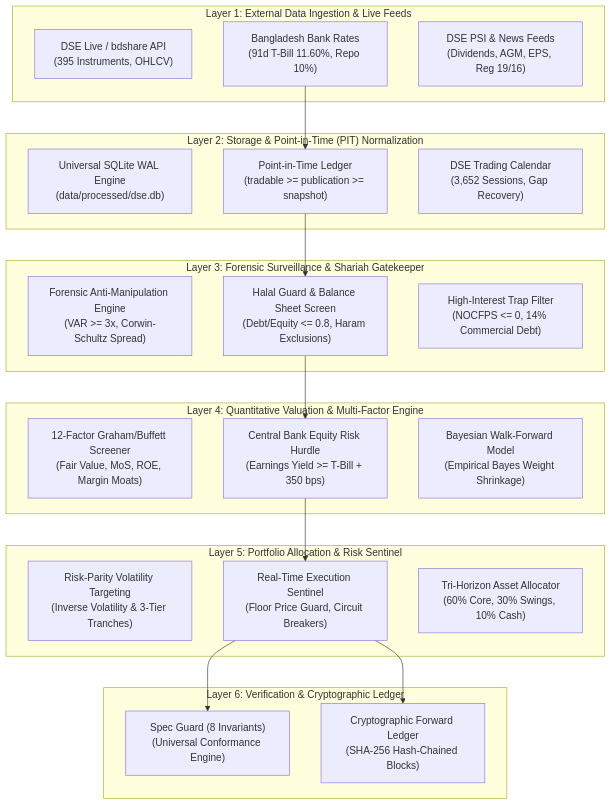
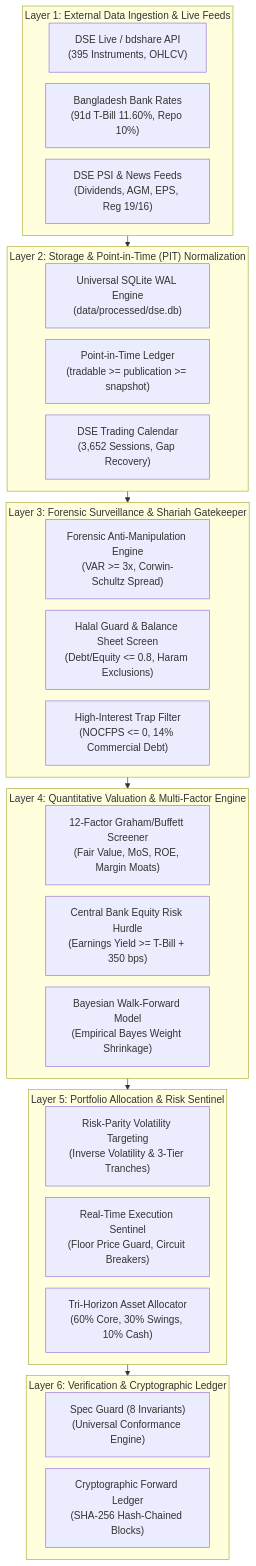
One commit to ashik1291/stock_market_expert_bd changed the diagram in README.md. Above: the diagram before and after it, drawn with Mermaid.

Commit message:
style(readme): restore clean layer-to-layer flow with reduced rankSpacing

````diff
--- a/README.md
+++ b/README.md
@@ -41,43 +41,44 @@
 ```mermaid
+%%{init: {"flowchart": {"rankSpacing": 18, "nodeSpacing": 18, "subGraphTitleMargin": {"top": 4, "bottom": 4}}}}%%
 flowchart TD
     subgraph L1["Layer 1: External Data Ingestion & Live Feeds"]
         DSE["DSE Live / bdshare API<br/>(395 Instruments, OHLCV)"]
         BB["Bangladesh Bank Rates<br/>(91d T-Bill 11.60%, Repo 10%)"]
         PSI["DSE PSI & News Feeds<br/>(Dividends, AGM, EPS, Reg 19/16)"]
     end
 
     subgraph L2["Layer 2: Storage & Point-in-Time (PIT) Normalization"]
         WAL["Universal SQLite WAL Engine<br/>(data/processed/dse.db)"]
         PIT["Point-in-Time Ledger<br/>(tradable >= publication >= snapshot)"]
         CAL["DSE Trading Calendar<br/>(3,652 Sessions, Gap Recovery)"]
     end
 
     subgraph L3["Layer 3: Forensic Surveillance & Shariah Gatekeeper"]
         SURV["Forensic Anti-Manipulation Engine<br/>(VAR >= 3x, Corwin-Schultz Spread)"]
         HALAL["Halal Guard & Balance Sheet Screen<br/>(Debt/Equity <= 0.8, Haram Exclusions)"]
         DEBT["High-Interest Trap Filter<br/>(NOCFPS <= 0, 14% Commercial Debt)"]
     end
 
     subgraph L4["Layer 4: Quantitative Valuation & Multi-Factor Engine"]
         GRAHAM["12-Factor Graham/Buffett Screener<br/>(Fair Value, MoS, ROE, Margin Moats)"]
         HURDLE["Central Bank Equity Risk Hurdle<br/>(Earnings Yield >= T-Bill + 350 bps)"]
         BAYES["Bayesian Walk-Forward Model<br/>(Empirical Bayes Weight Shrinkage)"]
     end
 
     subgraph L5["Layer 5: Portfolio Allocation & Risk Sentinel"]
         PARITY["Risk-Parity Volatility Targeting<br/>(Inverse Volatility & 3-Tier Tranches)"]
         SENTINEL["Real-Time Execution Sentinel<br/>(Floor Price Guard, Circuit Breakers)"]
         HORIZON["Tri-Horizon Asset Allocator<br/>(60% Core, 30% Swings, 10% Cash)"]
     end
 
     subgraph L6["Layer 6: Verification & Cryptographic Ledger"]
         SPEC["Spec Guard (8 Invariants)<br/>(Universal Conformance Engine)"]
         LEDGER["Cryptographic Forward Ledger<br/>(SHA-256 Hash-Chained Blocks)"]
     end
 
-    BB --> PIT
-    PIT --> HALAL
-    HALAL --> HURDLE
-    HURDLE --> SENTINEL
-    SENTINEL --> SPEC & LEDGER
+    L1 --> L2
+    L2 --> L3
+    L3 --> L4
+    L4 --> L5
+    L5 --> L6
 ```
````
